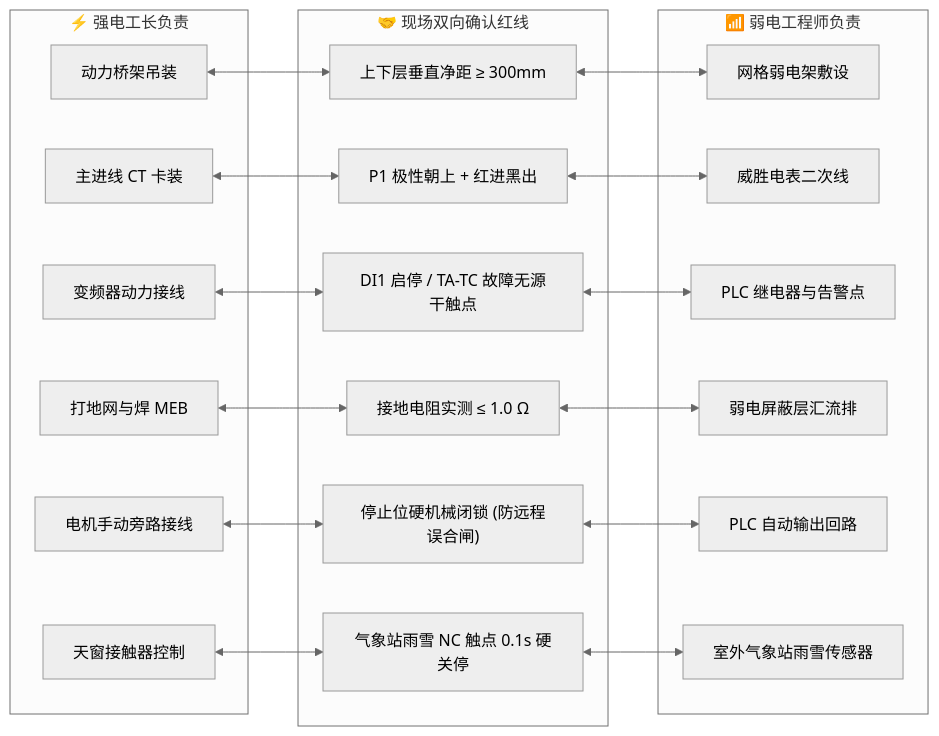
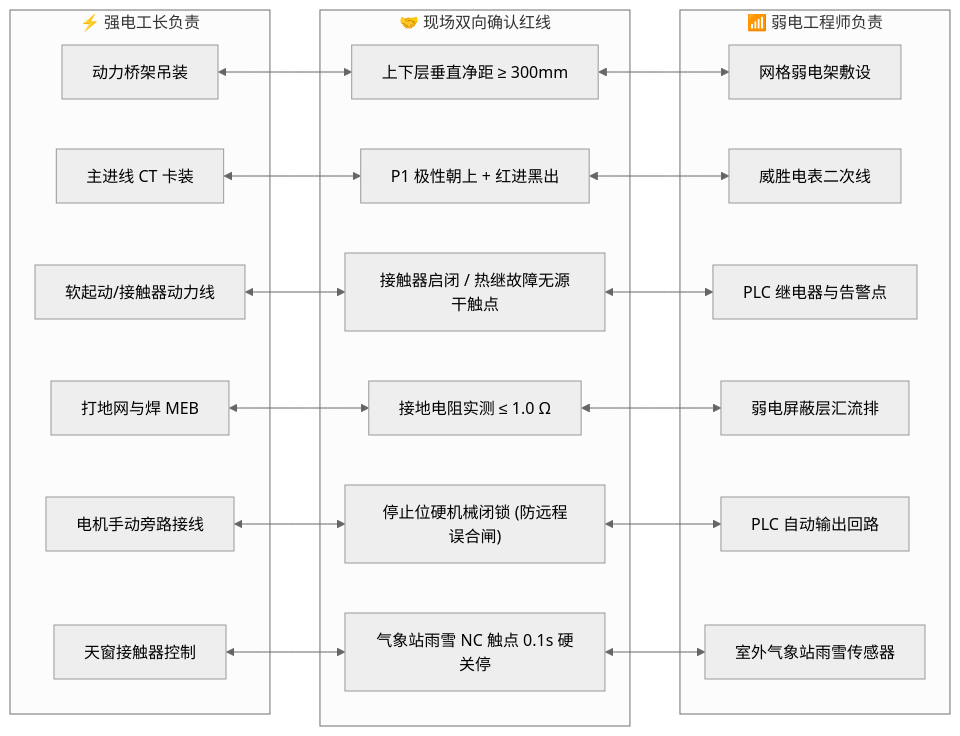
Before and after one commit to digitalboy/aquaponics: the fourth of 4 diagrams in docs/02_requirements_and_plans/06_全厂强电动力配电与电气工程规划规范.md, drawn with Mermaid (neutral theme). The commit also changed other lines of this file and 3 other files, not shown here.

````diff
--- a/docs/02_requirements_and_plans/06_全厂强电动力配电与电气工程规划规范.md
+++ b/docs/02_requirements_and_plans/06_全厂强电动力配电与电气工程规划规范.md
@@ -227,36 +233,36 @@
 ```mermaid
 flowchart LR
     subgraph StrongElec ["⚡ 强电工长负责"]
         S1["动力桥架吊装"]
         S2["主进线 CT 卡装"]
-        S3["变频器动力接线"]
+        S3["软起动/接触器动力线"]
         S4["打地网与焊 MEB"]
         S5["电机手动旁路接线"]
         S6["天窗接触器控制"]
     end
 
     subgraph JointCheck ["🤝 现场双向确认红线"]
         J1["上下层垂直净距 ≥ 300mm"]
         J2["P1 极性朝上 + 红进黑出"]
-        J3["DI1 启停 / TA-TC 故障无源干触点"]
+        J3["接触器启闭 / 热继故障无源干触点"]
         J4["接地电阻实测 ≤ 1.0 Ω"]
         J5["停止位硬机械闭锁 (防远程误合闸)"]
         J6["气象站雨雪 NC 触点 0.1s 硬关停"]
     end
 
     subgraph WeakElec ["📶 弱电工程师负责"]
         W1["网格弱电架敷设"]
         W2["威胜电表二次线"]
         W3["PLC 继电器与告警点"]
         W4["弱电屏蔽层汇流排"]
         W5["PLC 自动输出回路"]
         W6["室外气象站雨雪传感器"]
     end
 
     S1 <--> J1 <--> W1
     S2 <--> J2 <--> W2
     S3 <--> J3 <--> W3
     S4 <--> J4 <--> W4
     S5 <--> J5 <--> W5
     S6 <--> J6 <--> W6
 ```
````
